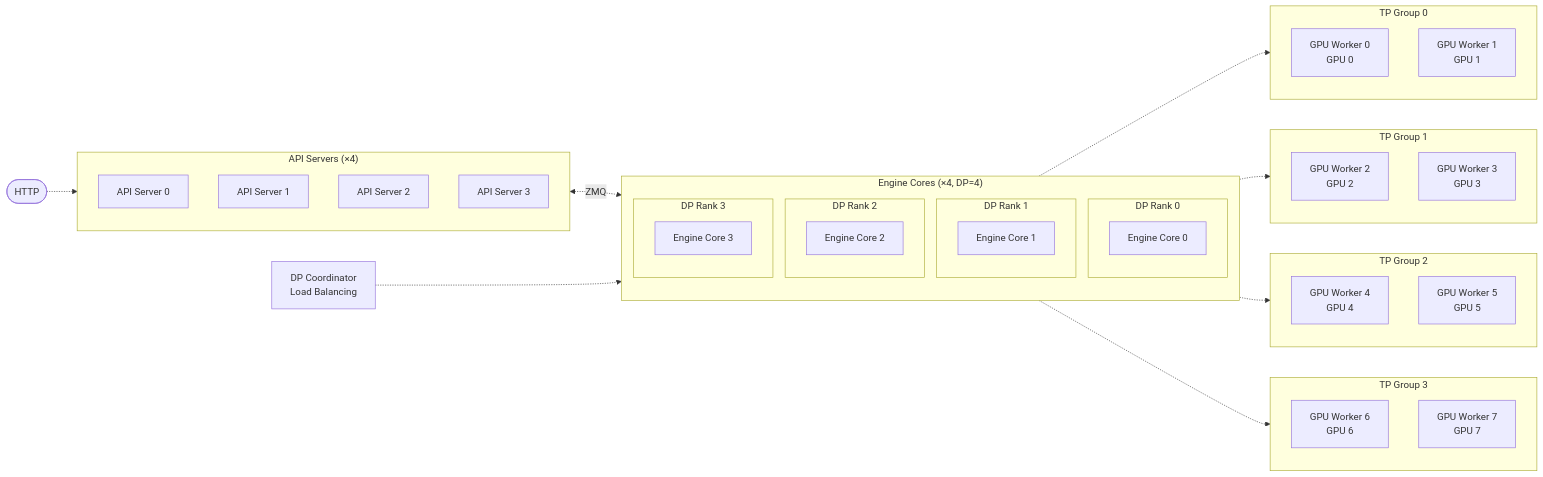
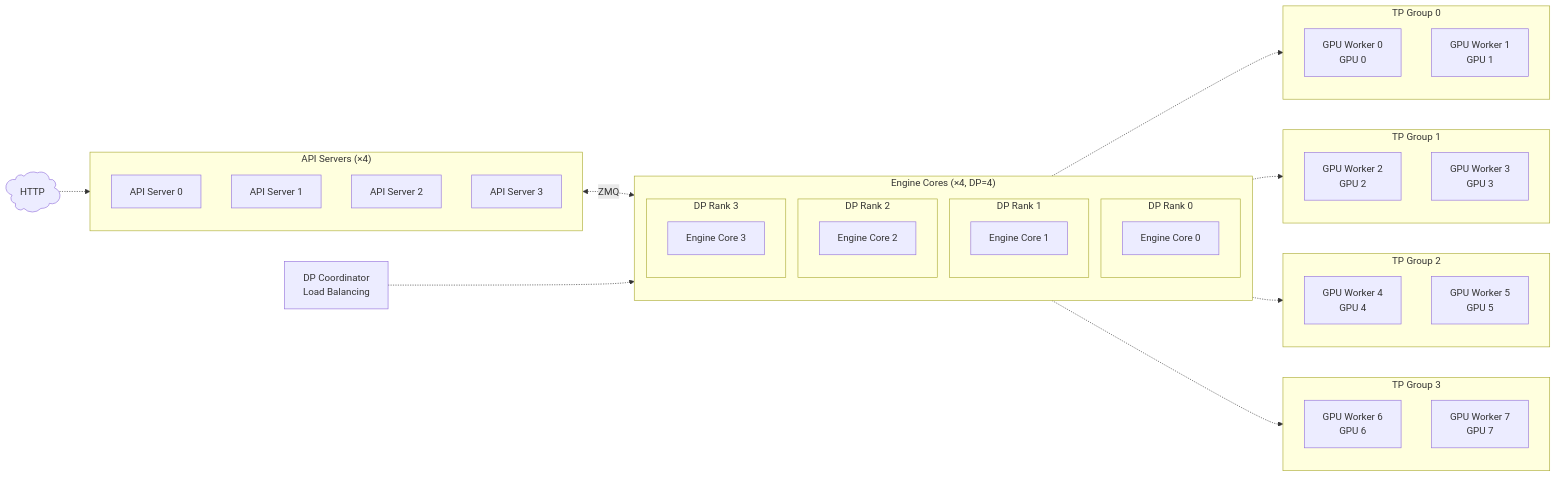
The diagram in v1_process_architecture_tp2_dp4.mmd (aireilly/rh-mermaid-svg), drawn with Mermaid before and after one commit. The commit also changed 4 other files, not shown here.

```diff
--- a/v1_process_architecture_tp2_dp4.mmd
+++ b/v1_process_architecture_tp2_dp4.mmd
@@ -1,71 +1,71 @@
 flowchart LR
     %% Entry
-    HTTP([HTTP]) -.-> APIs
+    HTTP@{ shape: cloud, label: "HTTP" } -.-> APIs
 
     %% API Servers
     subgraph APIs["API Servers (×4)"]
         direction TB
         API0["API Server 0"]
         API1["API Server 1"]
         API2["API Server 2"]
         API3["API Server 3"]
     end
 
     %% Single labeled ZMQ connection between subgraphs
     APIs <-.->|"ZMQ"| ECs
 
     %% DP Coordinator
     DPC["DP Coordinator\nLoad Balancing"]
     DPC -.-> ECs
 
     %% Engine Cores
     subgraph ECs["Engine Cores (×4, DP=4)"]
         direction TB
         subgraph DP0["DP Rank 0"]
             EC0["Engine Core 0"]
         end
         subgraph DP1["DP Rank 1"]
             EC1["Engine Core 1"]
         end
         subgraph DP2["DP Rank 2"]
             EC2["Engine Core 2"]
         end
         subgraph DP3["DP Rank 3"]
             EC3["Engine Core 3"]
         end
     end
 
     %% GPU Workers
     classDef success fill:#e9f7df,stroke:#3d7317,color:#204d00
     subgraph GW0G["TP Group 0"]
         direction TB
         GW0["GPU Worker 0\nGPU 0"]
         GW1["GPU Worker 1\nGPU 1"]
     end
     subgraph GW1G["TP Group 1"]
         direction TB
         GW2["GPU Worker 2\nGPU 2"]
         GW3["GPU Worker 3\nGPU 3"]
     end
     subgraph GW2G["TP Group 2"]
         direction TB
         GW4["GPU Worker 4\nGPU 4"]
         GW5["GPU Worker 5\nGPU 5"]
     end
     subgraph GW3G["TP Group 3"]
         direction TB
         GW6["GPU Worker 6\nGPU 6"]
         GW7["GPU Worker 7\nGPU 7"]
     end
 
     EC0 -.-> GW0G
     EC1 -.-> GW1G
     EC2 -.-> GW2G
     EC3 -.-> GW3G
 
     %% Cluster colors
     %% style APIs fill:#e0f0ff,stroke:#0066cc
     %% style GW0G fill:#e9f7df,stroke:#63993d
     %% style GW1G fill:#e9f7df,stroke:#63993d
     %% style GW2G fill:#e9f7df,stroke:#63993d
     %% style GW3G fill:#e9f7df,stroke:#63993d
```
